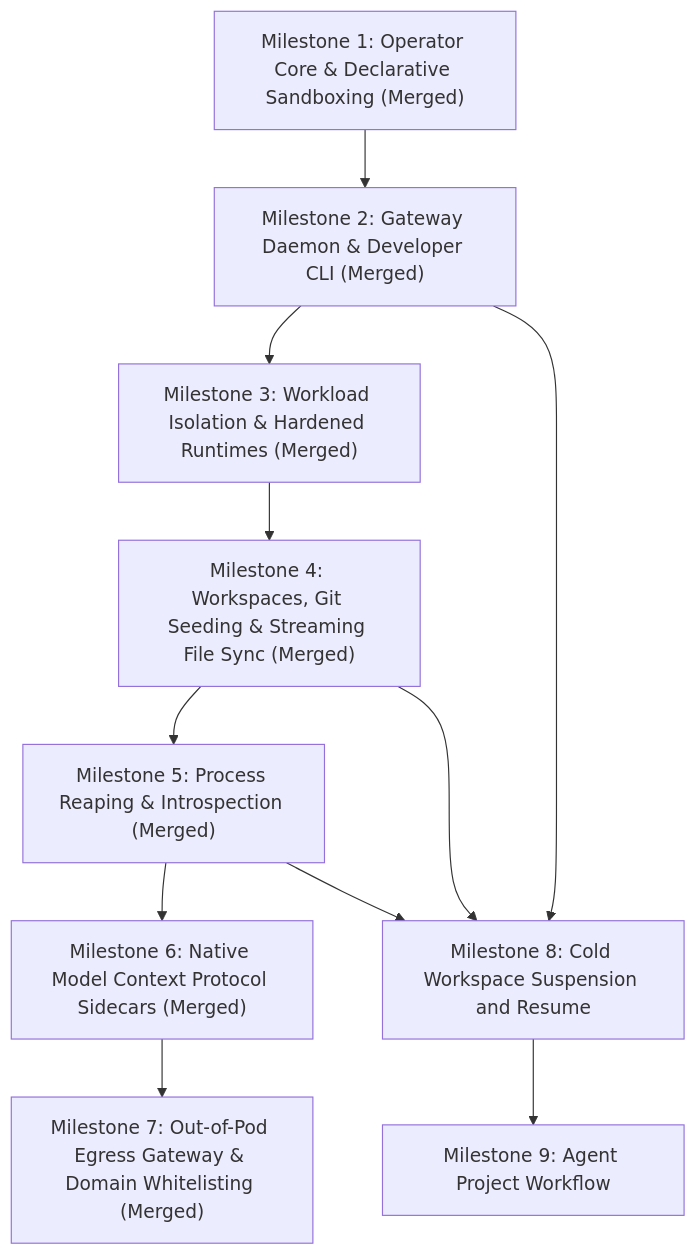
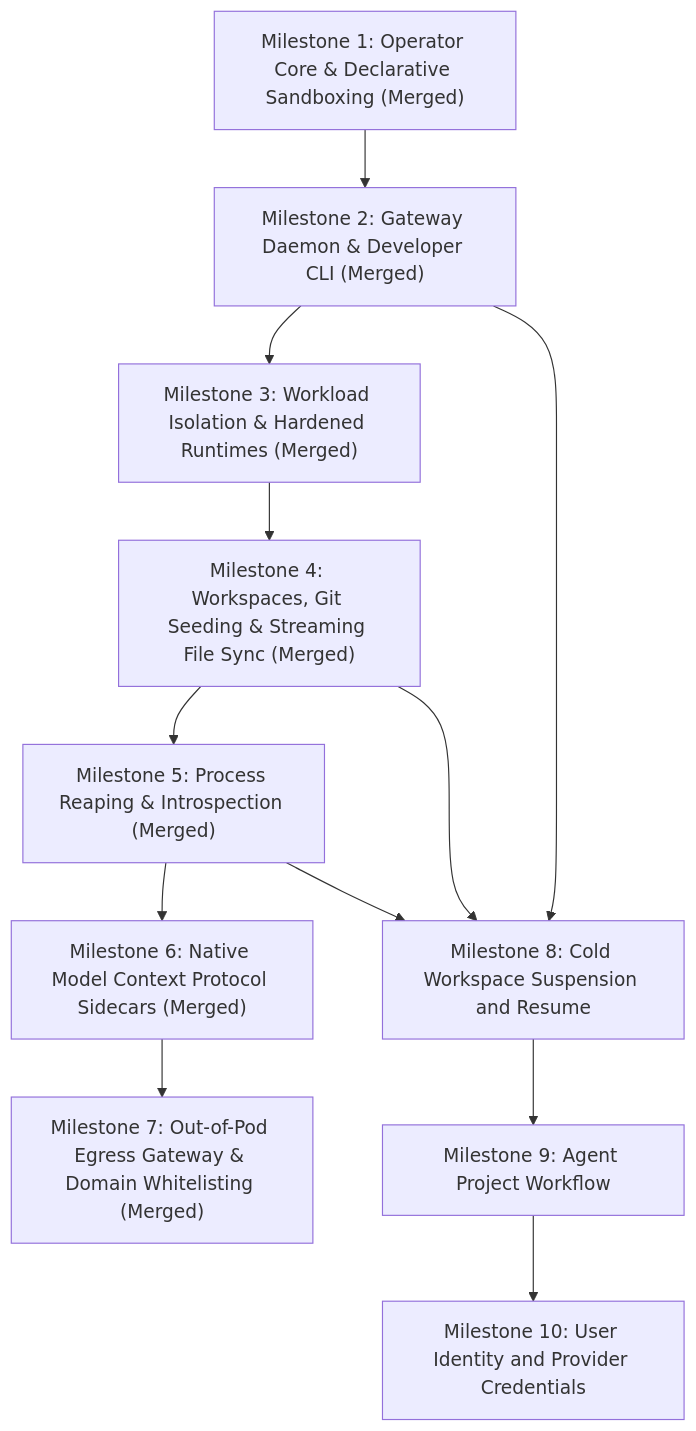
One commit to hoangndst/buddy-sandboxes changed the second of 2 diagrams in docs/roadmap.md. Above: the diagram before and after it, drawn with Mermaid. The commit also changed other lines of this file and 54 other files, not shown here.

Commit message:
feat(auth): add user identity and brokered provider credentials

````diff
--- a/docs/roadmap.md
+++ b/docs/roadmap.md
@@ -62,13 +62,14 @@
 ```mermaid
 flowchart TD
     M1["Milestone 1: Operator Core & Declarative Sandboxing (Merged)"] --> M2["Milestone 2: Gateway Daemon & Developer CLI (Merged)"]
     M2 --> M3["Milestone 3: Workload Isolation & Hardened Runtimes (Merged)"]
     M3 --> M4["Milestone 4: Workspaces, Git Seeding & Streaming File Sync (Merged)"]
     M4 --> M5["Milestone 5: Process Reaping & Introspection (Merged)"]
     M5 --> M6["Milestone 6: Native Model Context Protocol Sidecars (Merged)"]
     M6 --> M7["Milestone 7: Out-of-Pod Egress Gateway & Domain Whitelisting (Merged)"]
     M2 --> M8["Milestone 8: Cold Workspace Suspension and Resume"]
     M8 --> M9["Milestone 9: Agent Project Workflow"]
+    M9 --> M10["Milestone 10: User Identity and Provider Credentials"]
     M4 --> M8
     M5 --> M8
 ```
````
